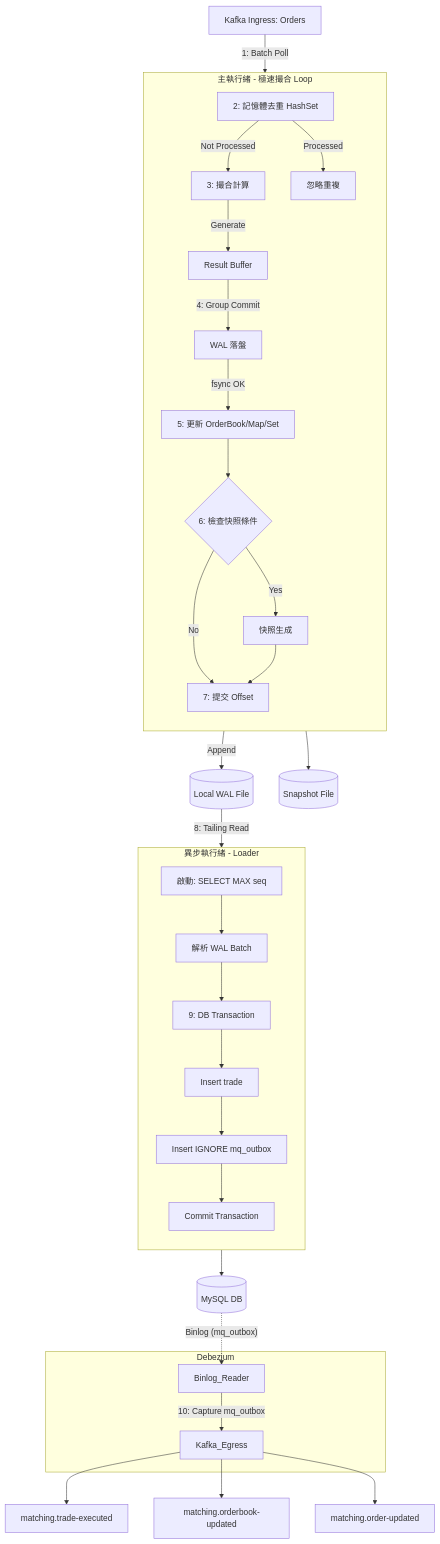
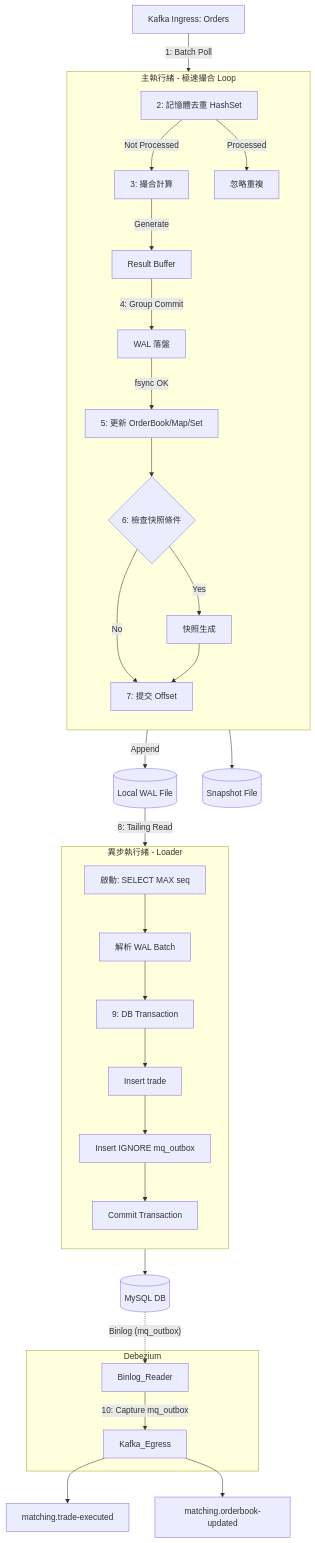
One commit to vincentf13/open.vincentf13 changed the third of 3 diagrams in design/exchange/0.exchange_design.md. Above: the diagram before and after it, drawn with Mermaid. The commit also changed other lines of this file, not shown here.

````diff
--- a/design/exchange/0.exchange_design.md
+++ b/design/exchange/0.exchange_design.md
@@ -1993,54 +1993,53 @@
 ```mermaid
 flowchart TD
     %% Ingress Layer
     Kafka_Ingress["Kafka Ingress: Orders"] -->|"1: Batch Poll"| Main_Thread
     
     %% Main Processing Unit
     subgraph Main_Thread [主執行緒 - 極速撮合 Loop]
         direction TB
         Filter["2: 記憶體去重 HashSet"] -->|"Not Processed"| Match["3: 撮合計算"]
         Filter -->|"Processed"| Skip["忽略重複"]
         
         Match -->|"Generate"| Result_Buffer["Result Buffer"]
         Result_Buffer -->|"4: Group Commit"| Batch_WAL["WAL 落盤"]
         Batch_WAL -->|"fsync OK"| Memory_Apply["5: 更新 OrderBook/Map/Set"]
         
         %% 修正點：序列化流程 (串行)
         Memory_Apply --> Snapshot_Check{"6: 檢查快照條件"}
         Snapshot_Check -->|"Yes"| Snapshot_Gen["快照生成"]
         Snapshot_Check -->|"No"| Commit_Offset["7: 提交 Offset"]
         Snapshot_Gen --> Commit_Offset
     end
 
     %% Persistence Layer
     Batch_WAL -- Append --> Local_WAL_File[("Local WAL File")]
     Local_WAL_File -->|"8: Tailing Read"| Async_Loader
     Snapshot_Gen --> Snapshot_File[("Snapshot File")]
 
     %% Async Loader Unit
     subgraph Async_Loader [異步執行緒 - Loader]
         direction TB
         Recovery_Check["啟動: SELECT MAX seq"] --> Loader_Loop
         Loader_Loop["解析 WAL Batch"] --> DB_Tx["9: DB Transaction"]
         
         %% 修正點：同一個事務內寫入，無 Redis
         DB_Tx --> SQL_Biz["Insert trade"]
         SQL_Biz --> SQL_Outbox["Insert IGNORE mq_outbox"]
         
         SQL_Outbox --> DB_Commit["Commit Transaction"]
     end
     
     %% Storage Layer
     DB_Tx --> MySQL[("MySQL DB")]
     
     %% Egress Layer (CDC)
     subgraph CDC_Layer [Debezium]
         Binlog_Reader -->|"10: Capture mq_outbox"| Kafka_Egress
     end
     
     %% 修正點：Binlog 僅監聽 mq_outbox 用於發送事件
     MySQL -.->|"Binlog (mq_outbox)"| Binlog_Reader
     Kafka_Egress --> Topic_Trade["matching.trade-executed"]
     Kafka_Egress --> Topic_Book["matching.orderbook-updated"]
-    Kafka_Egress --> Topic_Order["matching.order-updated"]
 ```
````
